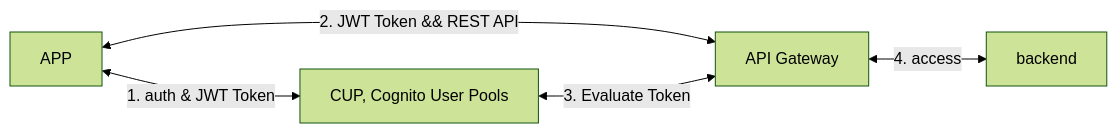
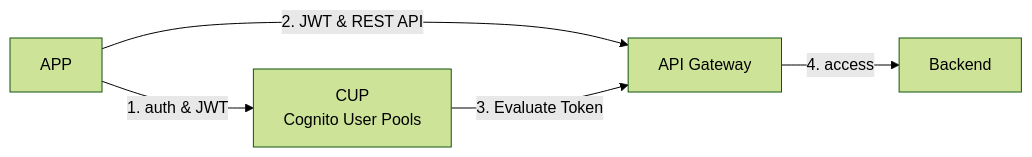
The fifth of 7 diagrams in aws/Cognito.md (cool21540125/documentation-notes), drawn with Mermaid (forest theme) before and after one commit. The commit also changed other lines of this file and 3 other files, not shown here.

````diff
--- a/aws/Cognito.md
+++ b/aws/Cognito.md
@@ -85,10 +85,11 @@
 ```mermaid
 flowchart LR
-
-cup["CUP, Cognito User Pools"]
-api["API Gateway"]
-APP <-- 1. auth & JWT Token --> cup;
-APP <-- 2. JWT Token && REST API --> api;
-cup <-- 3. Evaluate Token --> api;
-api <-- 4. access --> backend;
+    APP["APP"]
+    cup["CUP<br/>Cognito User Pools"]
+    api["API Gateway"]
+    backend["Backend"]
+    APP -->|1. auth & JWT| cup
+    APP -->|2. JWT & REST API| api
+    cup -->|3. Evaluate Token| api
+    api -->|4. access| backend
 ```
````
